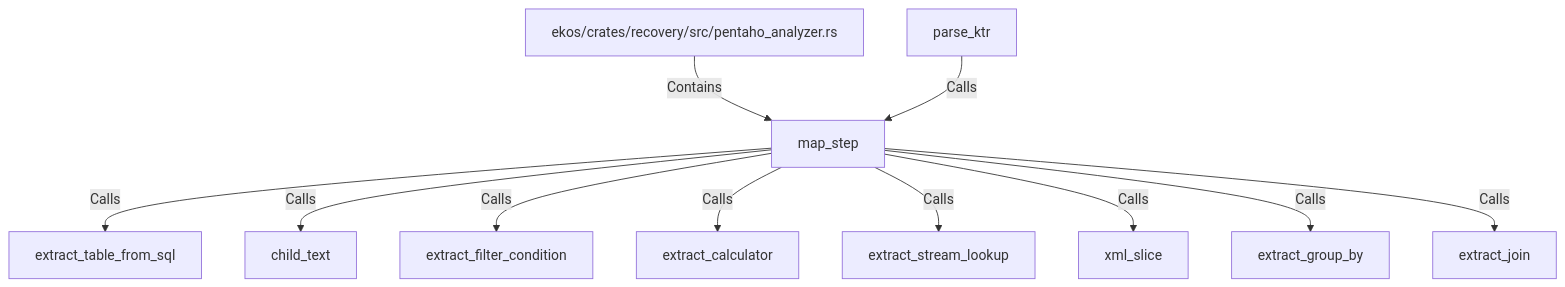
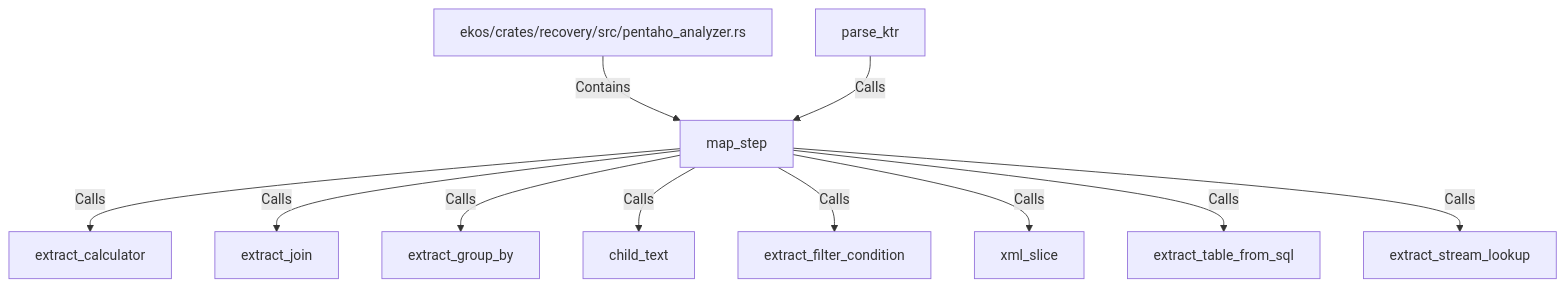
Before and after one commit to alexeyban/EKOS: the diagram in doc/entities/rustsymbol/ma/map-step.md, drawn with Mermaid. The commit also changed other lines of this file and 552 other files, not shown here.

````diff
--- a/doc/entities/rustsymbol/ma/map-step.md
+++ b/doc/entities/rustsymbol/ma/map-step.md
@@ -29,24 +29,24 @@
 ```mermaid
 graph TD
     n47faefae62225ae2a4a99ec080997290["map_step"]
     nce3d2f1be1c655d792bcc1b69f76dbca["ekos/crates/recovery/src/pentaho_analyzer.rs"]
     nce3d2f1be1c655d792bcc1b69f76dbca -->|Contains| n47faefae62225ae2a4a99ec080997290
     nac857c0ae7e15b8d972ddd8184852f15["parse_ktr"]
     nac857c0ae7e15b8d972ddd8184852f15 -->|Calls| n47faefae62225ae2a4a99ec080997290
-    n5f575d3492875ba9b81a30f2e77ea92b["extract_table_from_sql"]
-    n47faefae62225ae2a4a99ec080997290 -->|Calls| n5f575d3492875ba9b81a30f2e77ea92b
+    n175b4e7eb9825abc9b19cef4172fa469["extract_calculator"]
+    n47faefae62225ae2a4a99ec080997290 -->|Calls| n175b4e7eb9825abc9b19cef4172fa469
+    n450b2ac3e3bb5b8ba2d1ed9e281bc3b2["extract_join"]
+    n47faefae62225ae2a4a99ec080997290 -->|Calls| n450b2ac3e3bb5b8ba2d1ed9e281bc3b2
+    n056c9294b6935d0d84a71dca458e5118["extract_group_by"]
+    n47faefae62225ae2a4a99ec080997290 -->|Calls| n056c9294b6935d0d84a71dca458e5118
     nf70791eabde457ab8af1ccc69fa9f5a7["child_text"]
     n47faefae62225ae2a4a99ec080997290 -->|Calls| nf70791eabde457ab8af1ccc69fa9f5a7
     n83af416171c851b28260b9f08c4e8e42["extract_filter_condition"]
     n47faefae62225ae2a4a99ec080997290 -->|Calls| n83af416171c851b28260b9f08c4e8e42
-    n175b4e7eb9825abc9b19cef4172fa469["extract_calculator"]
-    n47faefae62225ae2a4a99ec080997290 -->|Calls| n175b4e7eb9825abc9b19cef4172fa469
+    n0c5e1b6a78295a6fa831e20b9eeb1c27["xml_slice"]
+    n47faefae62225ae2a4a99ec080997290 -->|Calls| n0c5e1b6a78295a6fa831e20b9eeb1c27
+    n5f575d3492875ba9b81a30f2e77ea92b["extract_table_from_sql"]
+    n47faefae62225ae2a4a99ec080997290 -->|Calls| n5f575d3492875ba9b81a30f2e77ea92b
     n2c163fbc39ec5e8382a550dcc8f51cfb["extract_stream_lookup"]
     n47faefae62225ae2a4a99ec080997290 -->|Calls| n2c163fbc39ec5e8382a550dcc8f51cfb
-    n0c5e1b6a78295a6fa831e20b9eeb1c27["xml_slice"]
-    n47faefae62225ae2a4a99ec080997290 -->|Calls| n0c5e1b6a78295a6fa831e20b9eeb1c27
-    n056c9294b6935d0d84a71dca458e5118["extract_group_by"]
-    n47faefae62225ae2a4a99ec080997290 -->|Calls| n056c9294b6935d0d84a71dca458e5118
-    n450b2ac3e3bb5b8ba2d1ed9e281bc3b2["extract_join"]
-    n47faefae62225ae2a4a99ec080997290 -->|Calls| n450b2ac3e3bb5b8ba2d1ed9e281bc3b2
 ```
````
